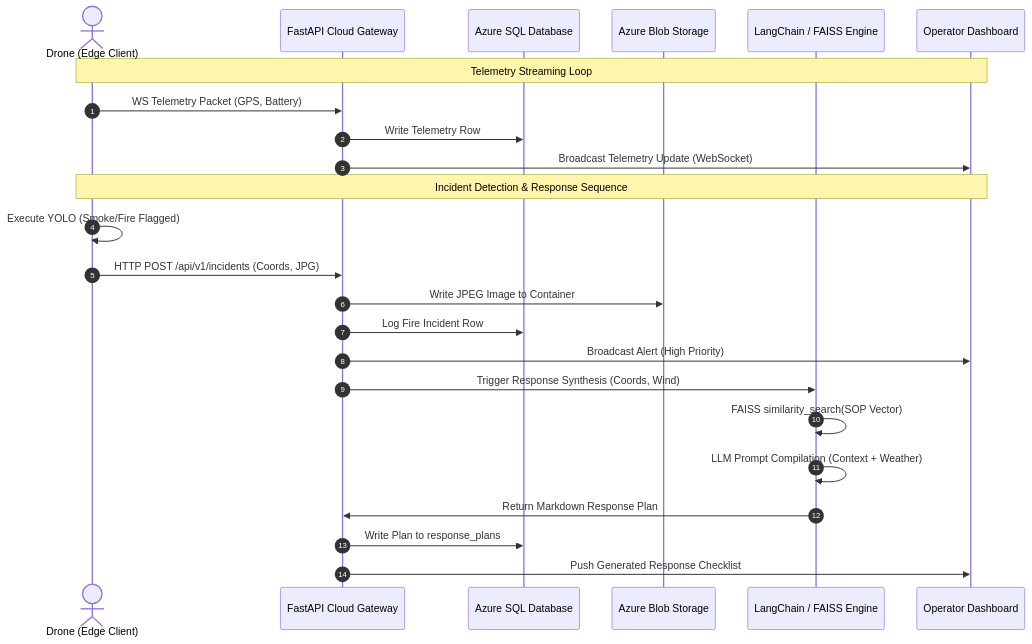
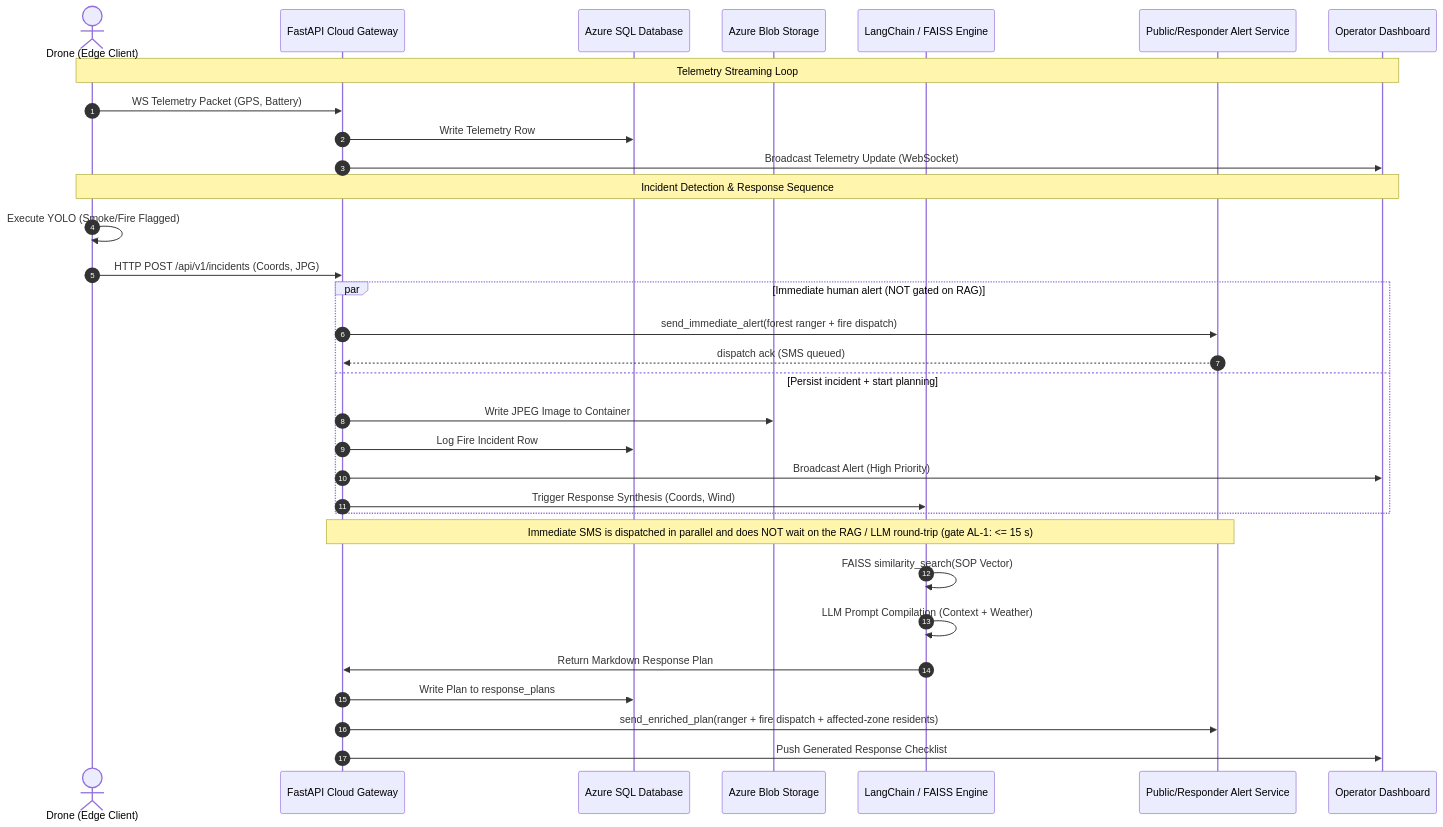
One commit to Veladicodes/cloud-rag-drone-fire-detection changed the diagram in docs/architecture/sequence-diagram.md. Above: the diagram before and after it, drawn with Mermaid. The commit also changed 5 other files, not shown here.

````diff
--- a/docs/architecture/sequence-diagram.md
+++ b/docs/architecture/sequence-diagram.md
@@ -7,30 +7,38 @@
 ```mermaid
 sequenceDiagram
     autonumber
     actor UAV as Drone (Edge Client)
     participant API as FastAPI Cloud Gateway
     participant DB as Azure SQL Database
     participant Blob as Azure Blob Storage
     participant RAG as LangChain / FAISS Engine
+    participant Alert as Public/Responder Alert Service
     participant UI as Operator Dashboard
 
     %% Telemetry Stream Loop
     Note over UAV, UI: Telemetry Streaming Loop
     UAV->>API: WS Telemetry Packet (GPS, Battery)
     API->>DB: Write Telemetry Row
     API->>UI: Broadcast Telemetry Update (WebSocket)
 
     %% Incident Alert Loop
     Note over UAV, UI: Incident Detection & Response Sequence
     UAV->>UAV: Execute YOLO (Smoke/Fire Flagged)
     UAV->>API: HTTP POST /api/v1/incidents (Coords, JPG)
-    API->>Blob: Write JPEG Image to Container
-    API->>DB: Log Fire Incident Row
-    API->>UI: Broadcast Alert (High Priority)
-    API->>RAG: Trigger Response Synthesis (Coords, Wind)
+    par Immediate human alert (NOT gated on RAG)
+        API->>Alert: send_immediate_alert(forest ranger + fire dispatch)
+        Alert-->>API: dispatch ack (SMS queued)
+    and Persist incident + start planning
+        API->>Blob: Write JPEG Image to Container
+        API->>DB: Log Fire Incident Row
+        API->>UI: Broadcast Alert (High Priority)
+        API->>RAG: Trigger Response Synthesis (Coords, Wind)
+    end
+    Note over API,Alert: Immediate SMS is dispatched in parallel and does NOT wait on the RAG / LLM round-trip (gate AL-1: <= 15 s)
     RAG->>RAG: FAISS similarity_search(SOP Vector)
     RAG->>RAG: LLM Prompt Compilation (Context + Weather)
     RAG->>API: Return Markdown Response Plan
     API->>DB: Write Plan to response_plans
+    API->>Alert: send_enriched_plan(ranger + fire dispatch + affected-zone residents)
     API->>UI: Push Generated Response Checklist
 ```
````
